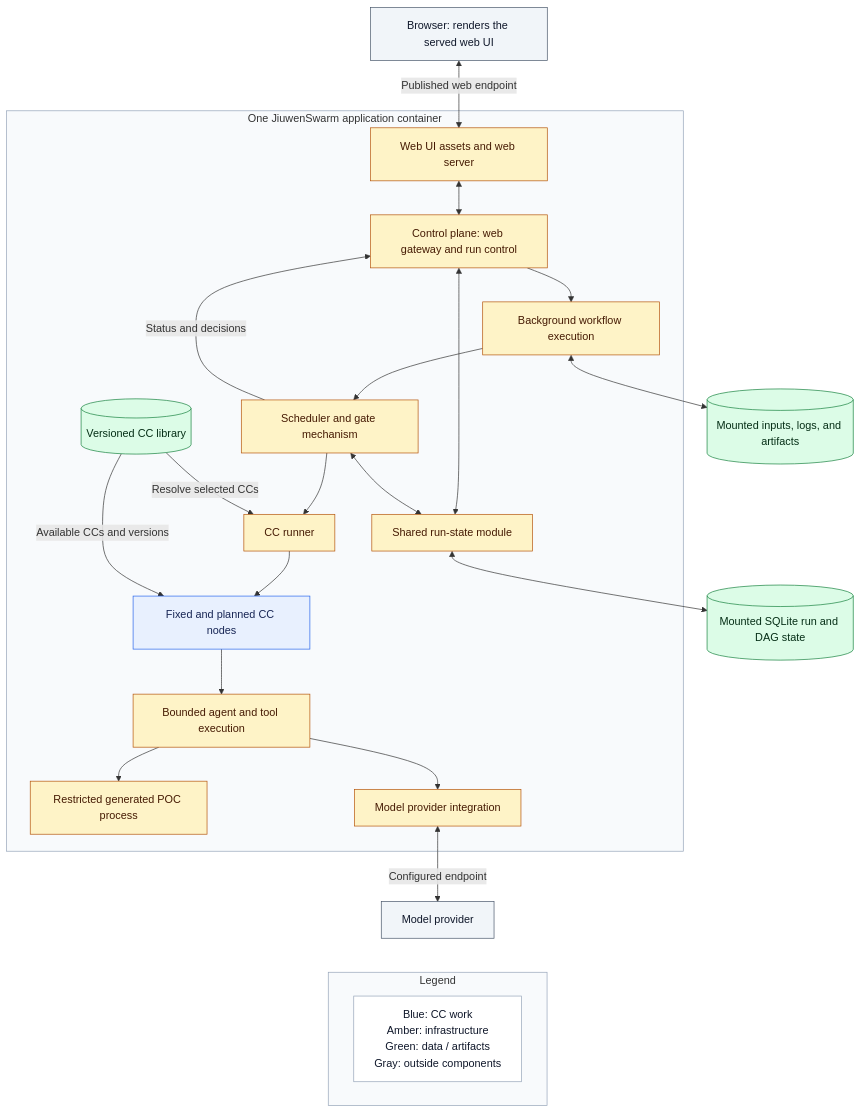
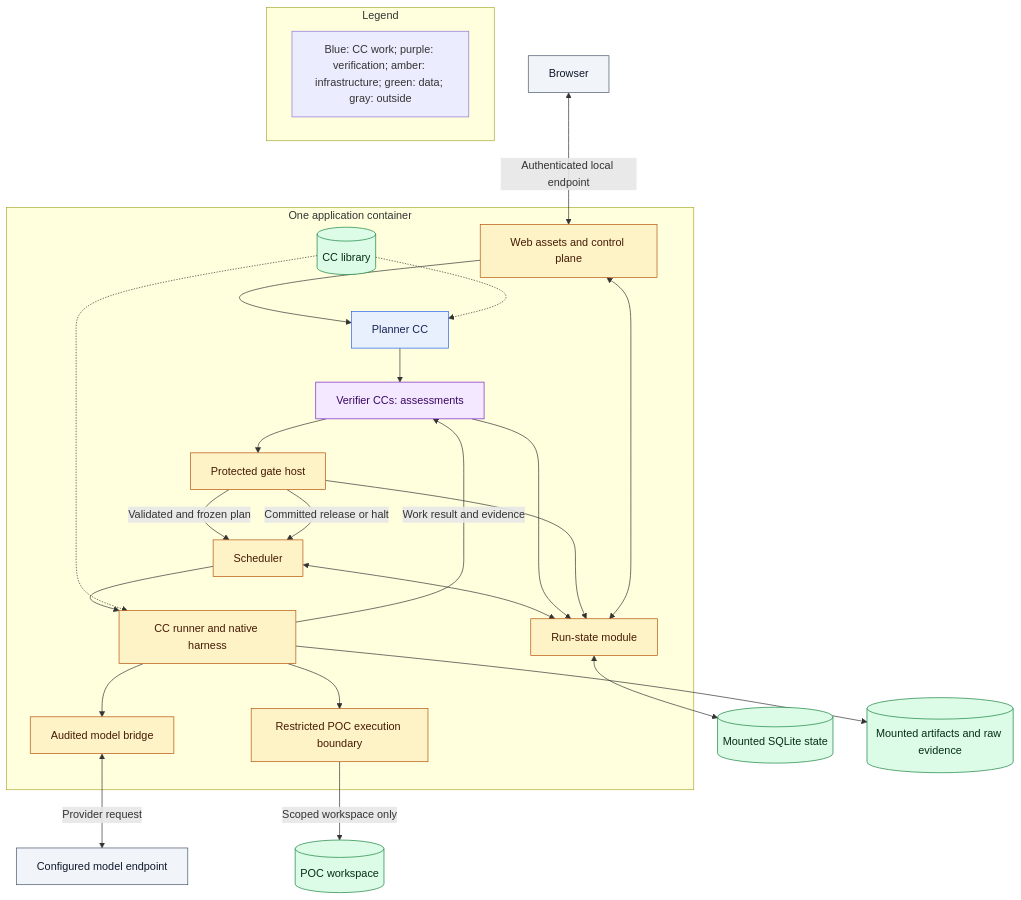
The first of 2 diagrams in docs/architecture/placement.md (Stellven/jiuwenswarm), drawn with Mermaid before and after one commit. The commit also changed other lines of this file and 12 other files, not shown here.

Commit message:
Prepare M1 architecture and intent-trial Spec Kit handoff

````diff
--- a/docs/architecture/placement.md
+++ b/docs/architecture/placement.md
@@ -9,46 +7,48 @@
 ```mermaid
 flowchart TB
-    Browser[Browser: renders the served web UI]
-    subgraph App[One JiuwenSwarm application container]
-        Web[Web UI assets and web server]
-        CP[Control plane: web gateway and run control]
-        Worker[Background workflow execution]
-        Scheduler[Scheduler and gate mechanism]
-        Runner[CC runner]
-        Nodes[Fixed and planned CC nodes]
-        Harness[Bounded agent and tool execution]
-        Restricted[Restricted generated POC process]
-        ModelClient[Model provider integration]
-        StateModule[Shared run-state module]
-        Library[(Versioned CC library)]
-        CP --> Worker --> Scheduler --> Runner --> Nodes
-        Nodes --> Harness
-        Harness --> ModelClient
-        Harness --> Restricted
-        Scheduler -->|Status and decisions| CP
-        Web <--> CP
-        CP <--> StateModule
-        Scheduler <--> StateModule
-        Library -->|Available CCs and versions| Nodes
-        Library -->|Resolve selected CCs| Runner
+    Browser[Browser]
+    subgraph App[One application container]
+        Web[Web assets and control plane]
+        Planner[Planner CC]
+        Scheduler[Scheduler]
+        Runner[CC runner and native harness]
+        Verify[Verifier CCs: assessments]
+        Gate[Protected gate host]
+        Library[(CC library)]
+        Bridge[Audited model bridge]
+        State[Run-state module]
+        POC[Restricted POC execution boundary]
+        Web --> Planner
+        Planner --> Verify --> Gate
+        Gate -->|Validated and frozen plan| Scheduler
+        Scheduler --> Runner
+        Runner -->|Work result and evidence| Verify
+        Gate -->|Committed release or halt| Scheduler
+        Runner --> Bridge
+        Runner --> POC
+        Library -.-> Planner
+        Library -.-> Runner
+        Scheduler <--> State
+        Verify --> State
+        Gate --> State
+        Web <--> State
     end
-    Browser <-->|Published web endpoint| Web
-    StateModule <--> State[(Mounted SQLite run and DAG state)]
-    Worker <--> Files[(Mounted inputs, logs, and artifacts)]
-    ModelClient <-->|Configured endpoint| Models[Model provider]
+    Browser <-->|Authenticated local endpoint| Web
+    Bridge <-->|Provider request| Model[Configured model endpoint]
+    State <--> DB[(Mounted SQLite state)]
+    Runner --> Files[(Mounted artifacts and raw evidence)]
+    POC -->|Scoped workspace only| Workspace[(POC workspace)]
     subgraph Legend[Legend]
-        LKey["Blue: CC work<br/>Amber: infrastructure<br/>Green: data / artifacts<br/>Gray: outside components"]
+        Key[Blue: CC work; purple: verification; amber: infrastructure; green: data; gray: outside]
     end
-    Models ~~~ Legend
     classDef work fill:#E8F0FE,stroke:#2563EB,color:#172554
+    classDef verify fill:#F3E8FF,stroke:#7E22CE,color:#3B0764
     classDef control fill:#FEF3C7,stroke:#B45309,color:#451A03
     classDef data fill:#DCFCE7,stroke:#15803D,color:#052E16
     classDef outside fill:#F1F5F9,stroke:#475569,color:#0F172A
-    class Nodes work
-    class Web,CP,Worker,Scheduler,Runner,Harness,Restricted,ModelClient,StateModule control
-    class State,Files,Library data
-    class Browser,Models outside
-    style App fill:#F8FAFC,stroke:#94A3B8
-    style Legend fill:#F8FAFC,stroke:#94A3B8
-    style LKey fill:#FFFFFF,stroke:#94A3B8,color:#0F172A
+    class Planner work
+    class Verify verify
+    class Web,Scheduler,Runner,Bridge,State,POC,Gate control
+    class Library,DB,Files,Workspace data
+    class Browser,Model outside
 ```
````
